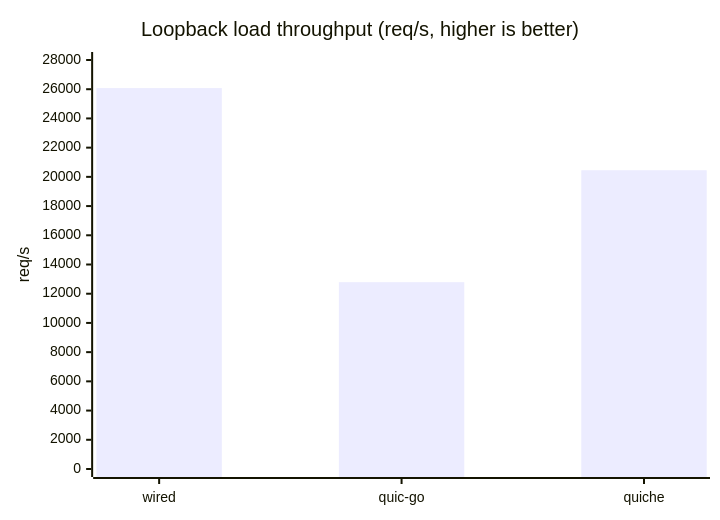
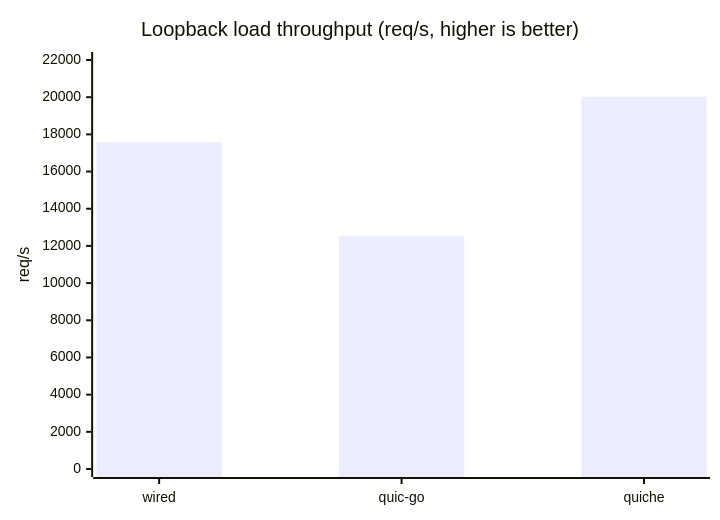
The second of 6 diagrams in docs/performance/comparison.md (Hakkadaikon/wired), drawn with Mermaid before and after one commit. The commit also changed other lines of this file, not shown here.

````diff
--- a/docs/performance/comparison.md
+++ b/docs/performance/comparison.md
@@ -223,7 +248,7 @@
 ```mermaid
 xychart-beta
     title "Loopback load throughput (req/s, higher is better)"
     x-axis ["wired", "quic-go", "quiche"]
-    y-axis "req/s" 0 --> 28000
-    bar [26079, 12788, 20453]
+    y-axis "req/s" 0 --> 22000
+    bar [17572, 12544, 20023]
 ```
````
